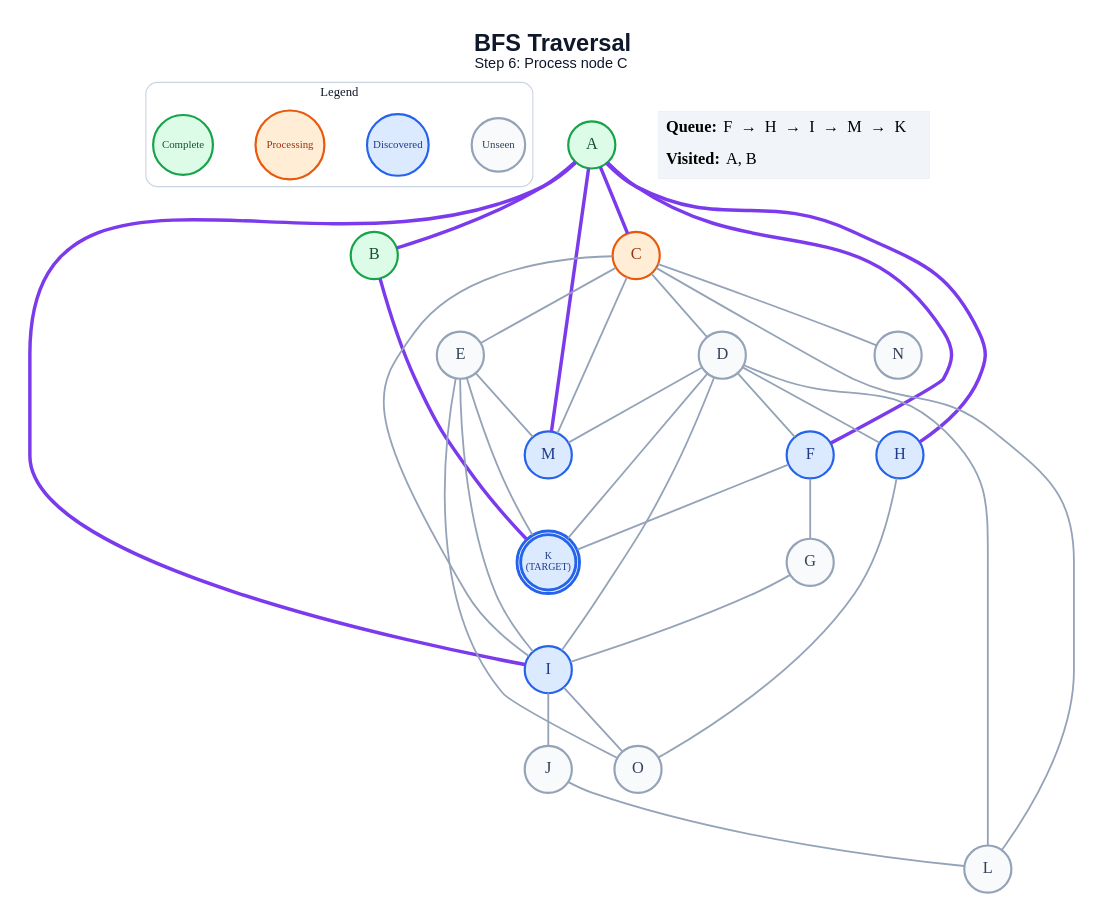
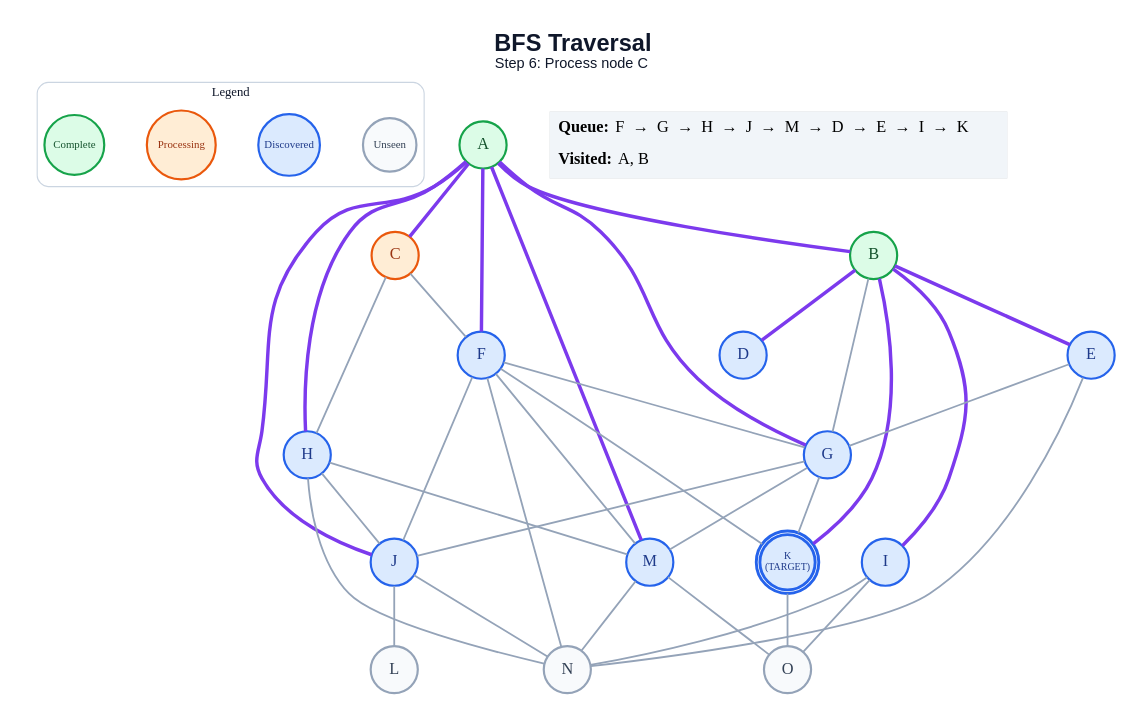
The diagram in generated/specific-node/bfs/step_06.dot (anon7238593-create/ai-slop), drawn with Graphviz before and after one commit. The commit also changed 217 other files, not shown here.

```diff
--- a/generated/specific-node/bfs/step_06.dot
+++ b/generated/specific-node/bfs/step_06.dot
@@ -1,64 +1,68 @@
 graph traversal {
   graph [layout=dot, rankdir=TB, bgcolor="#FFFFFF", pad="0.35", nodesep="0.65", ranksep="0.8", fontname="Arial"];
   node [shape=circle, style="filled", fontname="Arial Bold", fontsize=18, width=0.72, fixedsize=true, penwidth=2.4];
   edge [color="#94A3B8", penwidth=2.0];
   label=<<B>BFS Traversal</B><BR/><FONT POINT-SIZE="16">Step 6: Process node C</FONT>>; labelloc="t"; fontsize=26; fontname="Arial"; fontcolor="#0F172A";
   subgraph cluster_legend { label="Legend"; color="#CBD5E1"; penwidth=1.2; style="rounded"; fontsize=14; fontname="Arial Bold";
     key_unseen [label="Unseen", fillcolor="#F8FAFC", color="#94A3B8", fontcolor="#334155", fontsize=12, width=0.82];
     key_frontier [label="Discovered", fillcolor="#DBEAFE", color="#2563EB", fontcolor="#1E3A8A", fontsize=12, width=0.95];
     key_current [label="Processing", fillcolor="#FFEDD5", color="#EA580C", fontcolor="#9A3412", fontsize=12, width=1.05];
     key_done [label="Complete", fillcolor="#DCFCE7", color="#16A34A", fontcolor="#14532D", fontsize=12, width=0.92];
     { rank=same; key_unseen; key_frontier; key_current; key_done; }
   }
   A [label="A", fillcolor="#DCFCE7", color="#16A34A", fontcolor="#14532D", peripheries=1, penwidth=2.4];
   B [label="B", fillcolor="#DCFCE7", color="#16A34A", fontcolor="#14532D", peripheries=1, penwidth=2.4];
   C [label="C", fillcolor="#FFEDD5", color="#EA580C", fontcolor="#9A3412", peripheries=1, penwidth=2.4];
-  D [label="D", fillcolor="#F8FAFC", color="#94A3B8", fontcolor="#334155", peripheries=1, penwidth=2.4];
-  E [label="E", fillcolor="#F8FAFC", color="#94A3B8", fontcolor="#334155", peripheries=1, penwidth=2.4];
+  D [label="D", fillcolor="#DBEAFE", color="#2563EB", fontcolor="#1E3A8A", peripheries=1, penwidth=2.4];
+  E [label="E", fillcolor="#DBEAFE", color="#2563EB", fontcolor="#1E3A8A", peripheries=1, penwidth=2.4];
   F [label="F", fillcolor="#DBEAFE", color="#2563EB", fontcolor="#1E3A8A", peripheries=1, penwidth=2.4];
-  G [label="G", fillcolor="#F8FAFC", color="#94A3B8", fontcolor="#334155", peripheries=1, penwidth=2.4];
+  G [label="G", fillcolor="#DBEAFE", color="#2563EB", fontcolor="#1E3A8A", peripheries=1, penwidth=2.4];
   H [label="H", fillcolor="#DBEAFE", color="#2563EB", fontcolor="#1E3A8A", peripheries=1, penwidth=2.4];
   I [label="I", fillcolor="#DBEAFE", color="#2563EB", fontcolor="#1E3A8A", peripheries=1, penwidth=2.4];
-  J [label="J", fillcolor="#F8FAFC", color="#94A3B8", fontcolor="#334155", peripheries=1, penwidth=2.4];
+  J [label="J", fillcolor="#DBEAFE", color="#2563EB", fontcolor="#1E3A8A", peripheries=1, penwidth=2.4];
   K [label="K\n(TARGET)", fillcolor="#DBEAFE", color="#2563EB", fontcolor="#1E3A8A", peripheries=2, penwidth=3.2, fontsize=11, width=0.85, height=0.85];
   L [label="L", fillcolor="#F8FAFC", color="#94A3B8", fontcolor="#334155", peripheries=1, penwidth=2.4];
   M [label="M", fillcolor="#DBEAFE", color="#2563EB", fontcolor="#1E3A8A", peripheries=1, penwidth=2.4];
   N [label="N", fillcolor="#F8FAFC", color="#94A3B8", fontcolor="#334155", peripheries=1, penwidth=2.4];
   O [label="O", fillcolor="#F8FAFC", color="#94A3B8", fontcolor="#334155", peripheries=1, penwidth=2.4];
   A -- B [color="#7C3AED", penwidth=3.8];
   A -- C [color="#7C3AED", penwidth=3.8];
   A -- F [color="#7C3AED", penwidth=3.8];
+  A -- G [color="#7C3AED", penwidth=3.8];
   A -- H [color="#7C3AED", penwidth=3.8];
-  A -- I [color="#7C3AED", penwidth=3.8];
+  A -- J [color="#7C3AED", penwidth=3.8];
   A -- M [color="#7C3AED", penwidth=3.8];
+  B -- D [color="#7C3AED", penwidth=3.8];
+  B -- E [color="#7C3AED", penwidth=3.8];
+  B -- G;
+  B -- I [color="#7C3AED", penwidth=3.8];
   B -- K [color="#7C3AED", penwidth=3.8];
-  C -- D;
-  C -- E;
-  C -- I;
-  C -- L;
-  C -- M;
-  C -- N;
-  D -- F;
-  D -- H;
-  D -- I;
-  D -- K;
-  D -- L;
-  D -- M;
-  E -- I;
-  E -- K;
-  E -- M;
-  E -- O;
+  C -- F;
+  C -- H;
+  E -- G;
+  E -- N;
   F -- G;
+  F -- J;
   F -- K;
-  G -- I;
-  H -- O;
-  I -- J;
+  F -- M;
+  F -- N;
+  G -- J;
+  G -- K;
+  G -- M;
+  H -- J;
+  H -- M;
+  H -- N;
+  I -- N;
   I -- O;
   J -- L;
+  J -- N;
+  K -- O;
+  M -- N;
+  M -- O;
   status [shape=plain, fixedsize=false, width=0, height=0, margin=0, label=<
     <TABLE BORDER="0" CELLBORDER="0" CELLPADDING="7" BGCOLOR="#F1F5F9">
-      <TR><TD ALIGN="LEFT"><B>Queue:</B> F  →  H  →  I  →  M  →  K</TD></TR>
+      <TR><TD ALIGN="LEFT"><B>Queue:</B> F  →  G  →  H  →  J  →  M  →  D  →  E  →  I  →  K</TD></TR>
       <TR><TD ALIGN="LEFT"><B>Visited:</B> A, B</TD></TR>
     </TABLE>
   >];
 }
```
